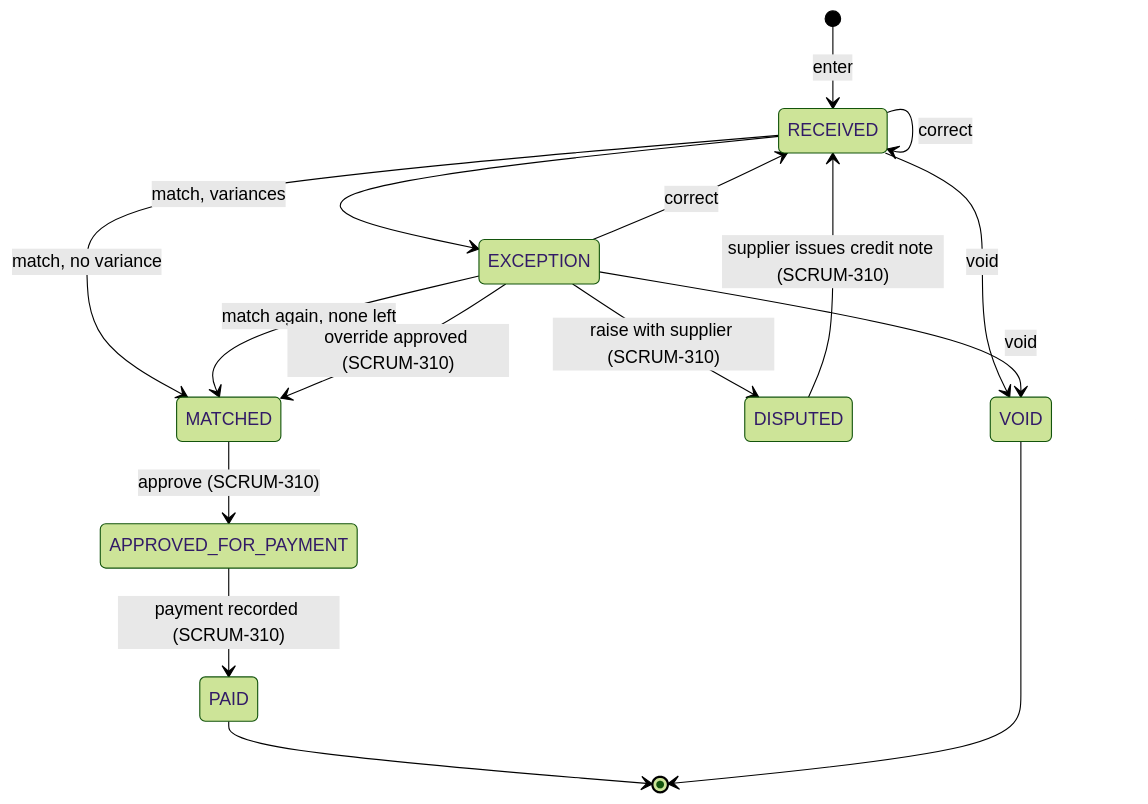
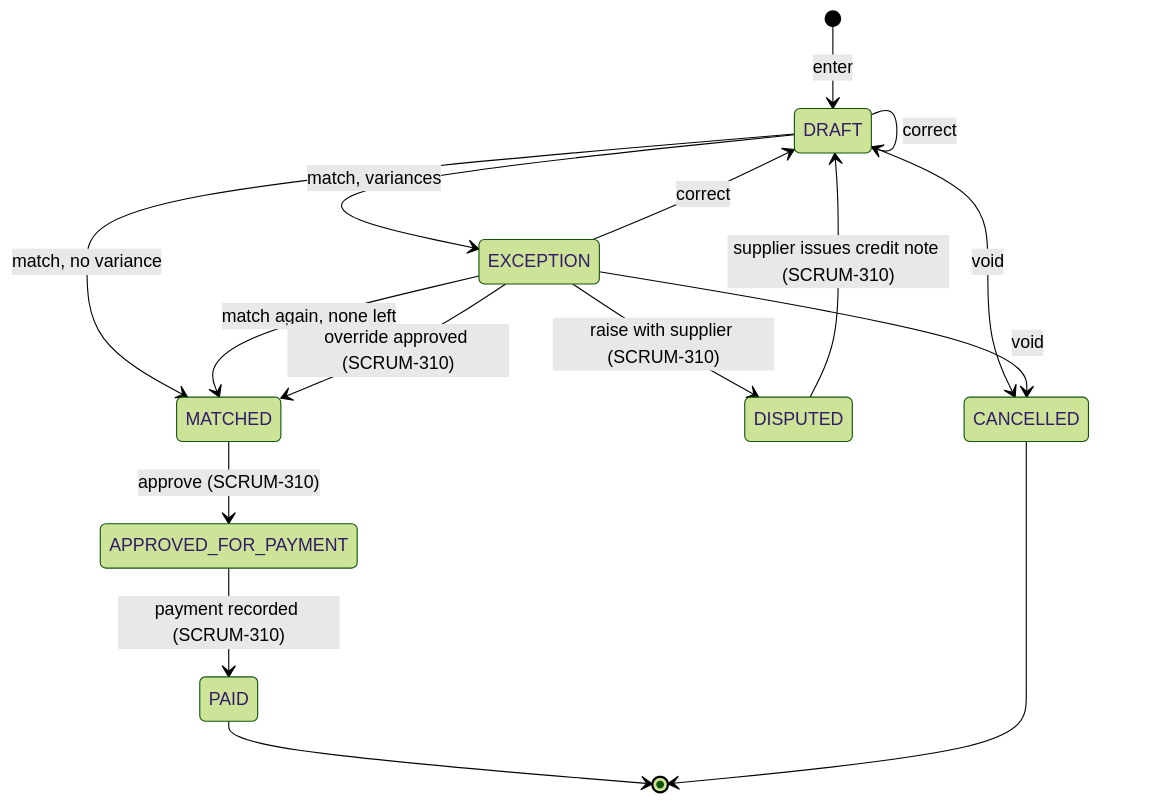
The fourth of 19 diagrams in docs/business-design/03-state-machines.md (KLTN-FA26/be-backoffice-stockflow-commerce), drawn with Mermaid (forest theme) before and after one commit. The commit also changed other lines of this file and 11 other files, not shown here.

````diff
--- a/docs/business-design/03-state-machines.md
+++ b/docs/business-design/03-state-machines.md
@@ -179,18 +179,18 @@
 ```mermaid
 stateDiagram-v2
-    [*] --> RECEIVED: enter
-    RECEIVED --> MATCHED: match, no variance
-    RECEIVED --> EXCEPTION: match, variances
+    [*] --> DRAFT: enter
+    DRAFT --> MATCHED: match, no variance
+    DRAFT --> EXCEPTION: match, variances
     EXCEPTION --> MATCHED: match again, none left
-    EXCEPTION --> RECEIVED: correct
-    RECEIVED --> RECEIVED: correct
+    EXCEPTION --> DRAFT: correct
+    DRAFT --> DRAFT: correct
     EXCEPTION --> MATCHED: override approved (SCRUM-310)
     EXCEPTION --> DISPUTED: raise with supplier (SCRUM-310)
-    DISPUTED --> RECEIVED: supplier issues credit note (SCRUM-310)
+    DISPUTED --> DRAFT: supplier issues credit note (SCRUM-310)
     MATCHED --> APPROVED_FOR_PAYMENT: approve (SCRUM-310)
     APPROVED_FOR_PAYMENT --> PAID: payment recorded (SCRUM-310)
     PAID --> [*]
-    RECEIVED --> VOID: void
-    EXCEPTION --> VOID: void
-    VOID --> [*]
+    DRAFT --> CANCELLED: void
+    EXCEPTION --> CANCELLED: void
+    CANCELLED --> [*]
 ```
````
